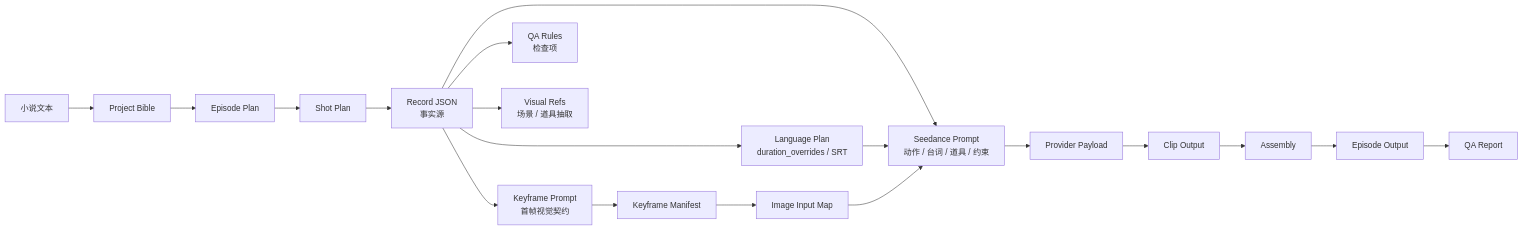
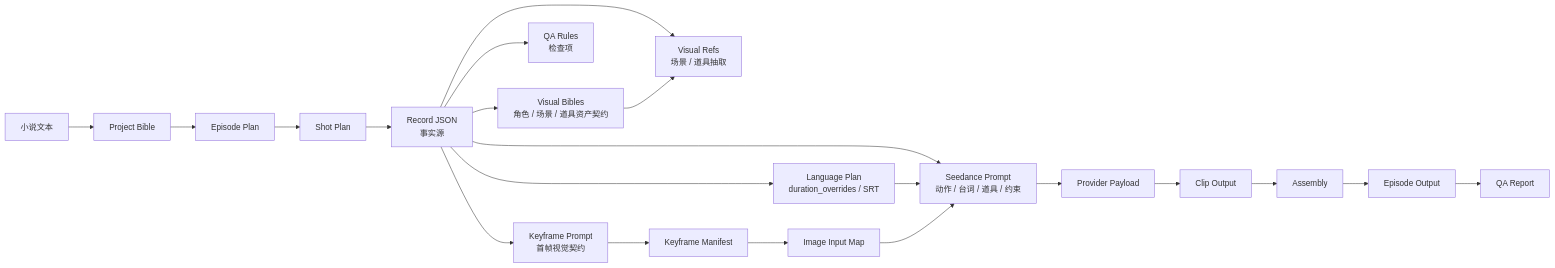
One commit to leiyang2003/Short_videoGEN changed the fourth of 5 diagrams in docs/technical_review_20260429.md. Above: the diagram before and after it, drawn with Mermaid. The commit also changed other lines of this file and 4067 other files, not shown here.

````diff
--- a/docs/technical_review_20260429.md
+++ b/docs/technical_review_20260429.md
@@ -545,23 +634,25 @@
 ```mermaid
 flowchart LR
   A["小说文本"] --> B["Project Bible"]
   B --> C["Episode Plan"]
   C --> D["Shot Plan"]
   D --> E["Record JSON<br/>事实源"]
 
   E --> F["Language Plan<br/>duration_overrides / SRT"]
   E --> G["Keyframe Prompt<br/>首帧视觉契约"]
   E --> H["Seedance Prompt<br/>动作 / 台词 / 道具 / 约束"]
   E --> I["QA Rules<br/>检查项"]
   E --> J["Visual Refs<br/>场景 / 道具抽取"]
+  E --> J2["Visual Bibles<br/>角色 / 场景 / 道具资产契约"]
+  J2 --> J
 
   G --> K["Keyframe Manifest"]
   K --> L["Image Input Map"]
   F --> H
   L --> H
   H --> M["Provider Payload"]
   M --> N["Clip Output"]
   N --> O["Assembly"]
   O --> P["Episode Output"]
   P --> Q["QA Report"]
 ```
````
